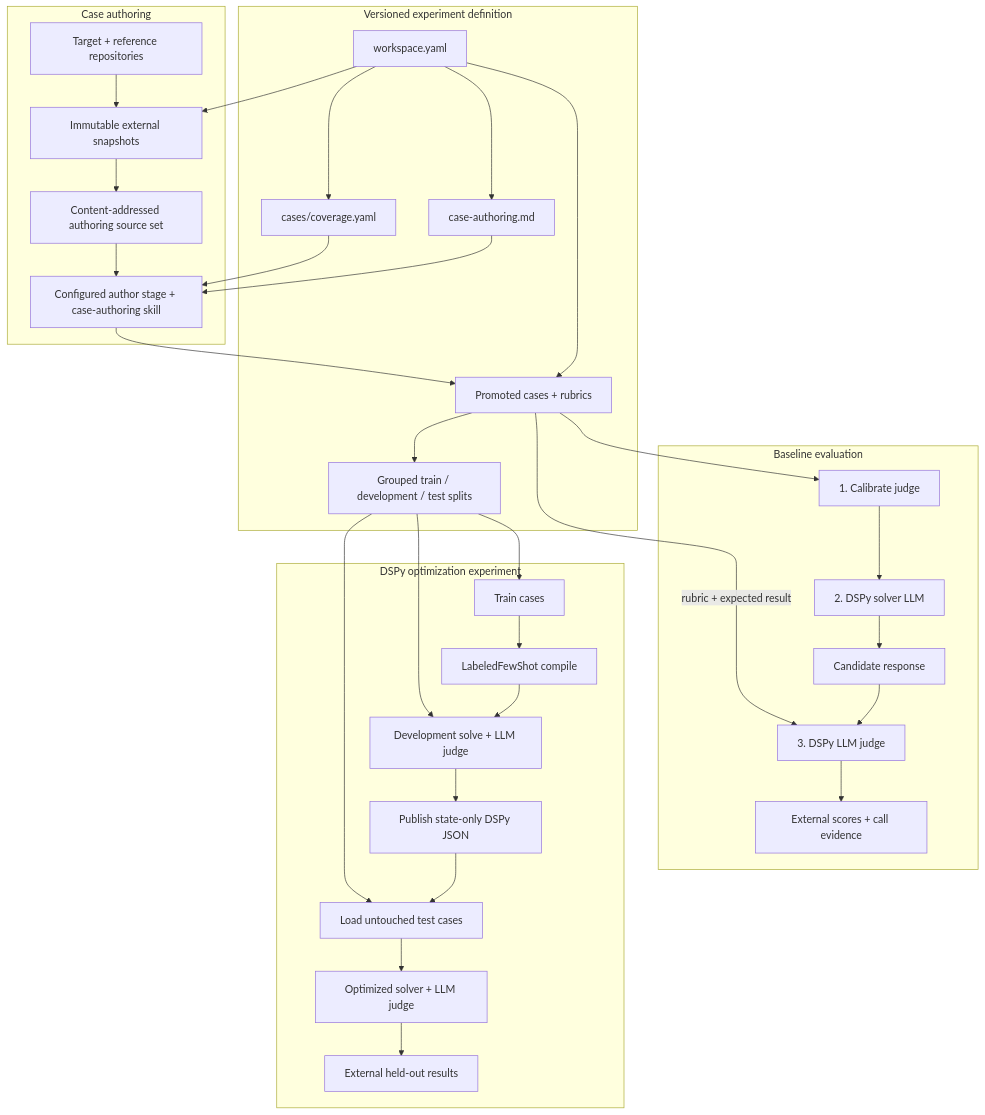
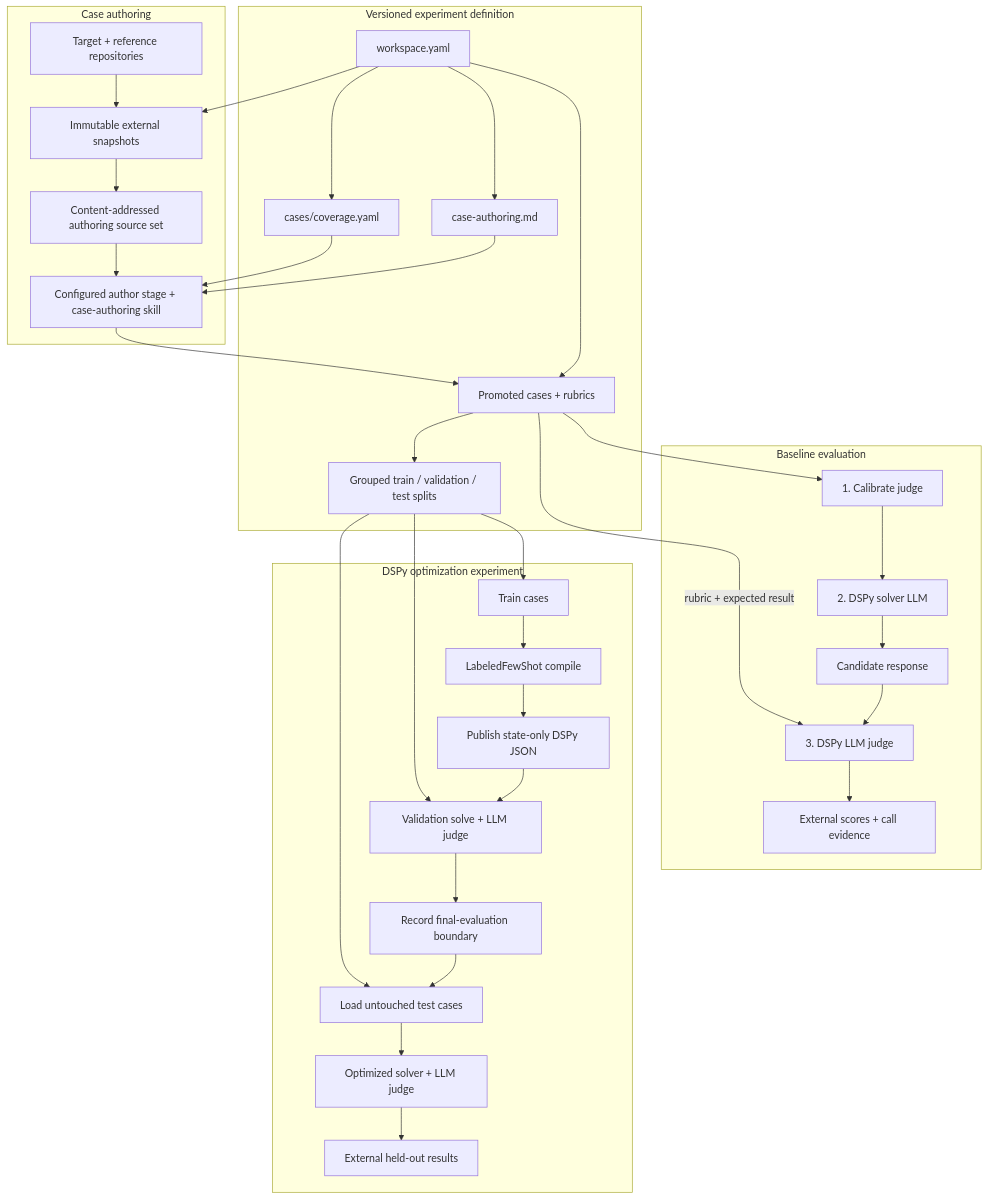
Before and after one commit to mainsequence-sdk/repo-agent-eval: the diagram in README.md, drawn with Mermaid. The commit also changed other lines of this file and 105 other files, not shown here.

Commit message:
feat: add reusable staged experiment graph

````diff
--- a/README.md
+++ b/README.md
@@ -38,45 +38,46 @@
 ```mermaid
 flowchart TB
     subgraph Definition["Versioned experiment definition"]
         Workspace["workspace.yaml"]
         AuthoringPolicy["case-authoring.md"]
         CapabilityCatalog["cases/coverage.yaml"]
         Cases["Promoted cases + rubrics"]
-        Splits["Grouped train / development / test splits"]
+        Splits["Grouped train / validation / test splits"]
         Workspace --> AuthoringPolicy
         Workspace --> CapabilityCatalog
         Workspace --> Cases
         Cases --> Splits
     end
 
     subgraph Authoring["Case authoring"]
         Repo["Target + reference repositories"] --> Snapshot["Immutable external snapshots"]
         Workspace --> Snapshot
         Snapshot --> SourceSet["Content-addressed authoring source set"]
         SourceSet --> Author["Configured author stage + case-authoring skill"]
         AuthoringPolicy --> Author
         CapabilityCatalog --> Author
         Author --> Cases
     end
 
     subgraph Baseline["Baseline evaluation"]
         Cases --> Calibration["1. Calibrate judge"]
         Calibration --> Solver["2. DSPy solver LLM"]
         Solver --> Candidate["Candidate response"]
         Candidate --> Judge["3. DSPy LLM judge"]
         Cases -->|"rubric + expected result"| Judge
         Judge --> BaselineResults["External scores + call evidence"]
     end
 
     subgraph Optimization["DSPy optimization experiment"]
         Splits --> Train["Train cases"]
         Train --> Compile["LabeledFewShot compile"]
-        Compile --> Development["Development solve + LLM judge"]
-        Splits --> Development
-        Development --> Published["Publish state-only DSPy JSON"]
-        Published --> Test["Load untouched test cases"]
+        Compile --> Published["Publish state-only DSPy JSON"]
+        Published --> Validation["Validation solve + LLM judge"]
+        Splits --> Validation
+        Validation --> Boundary["Record final-evaluation boundary"]
+        Boundary --> Test["Load untouched test cases"]
         Splits --> Test
         Test --> Final["Optimized solver + LLM judge"]
         Final --> OptimizedResults["External held-out results"]
     end
 ```
````
